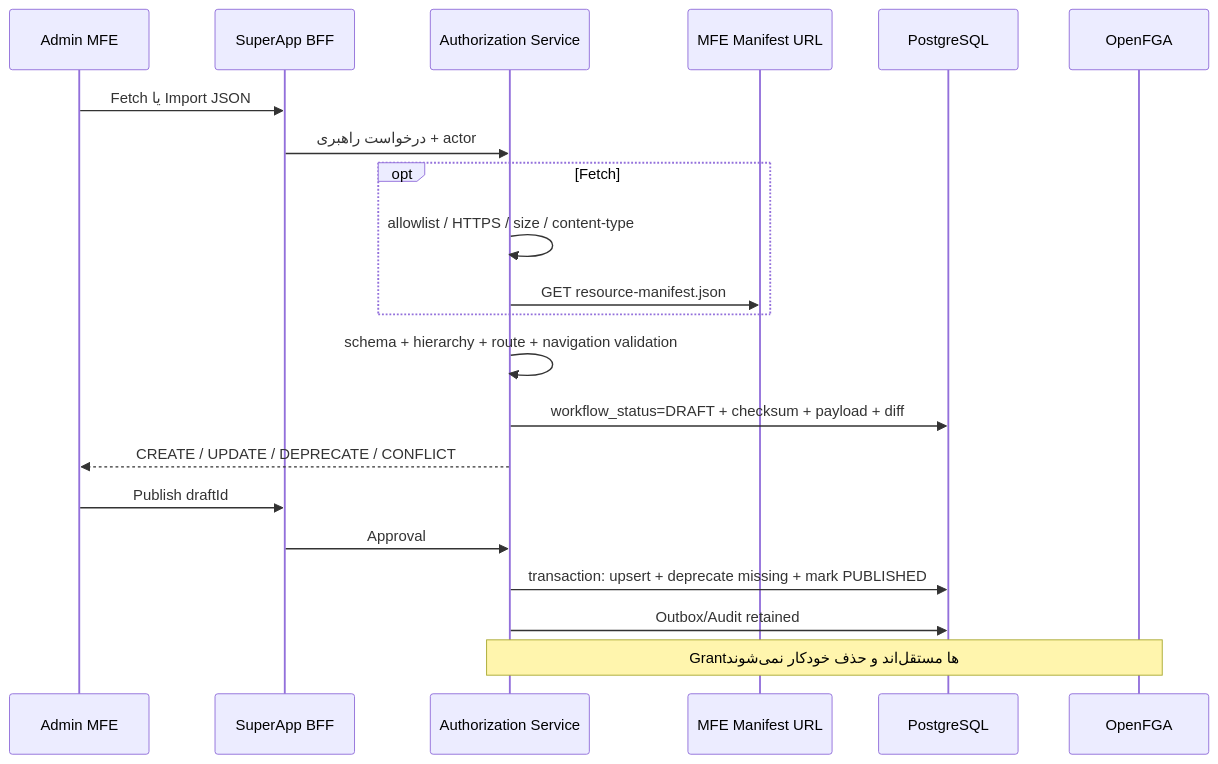
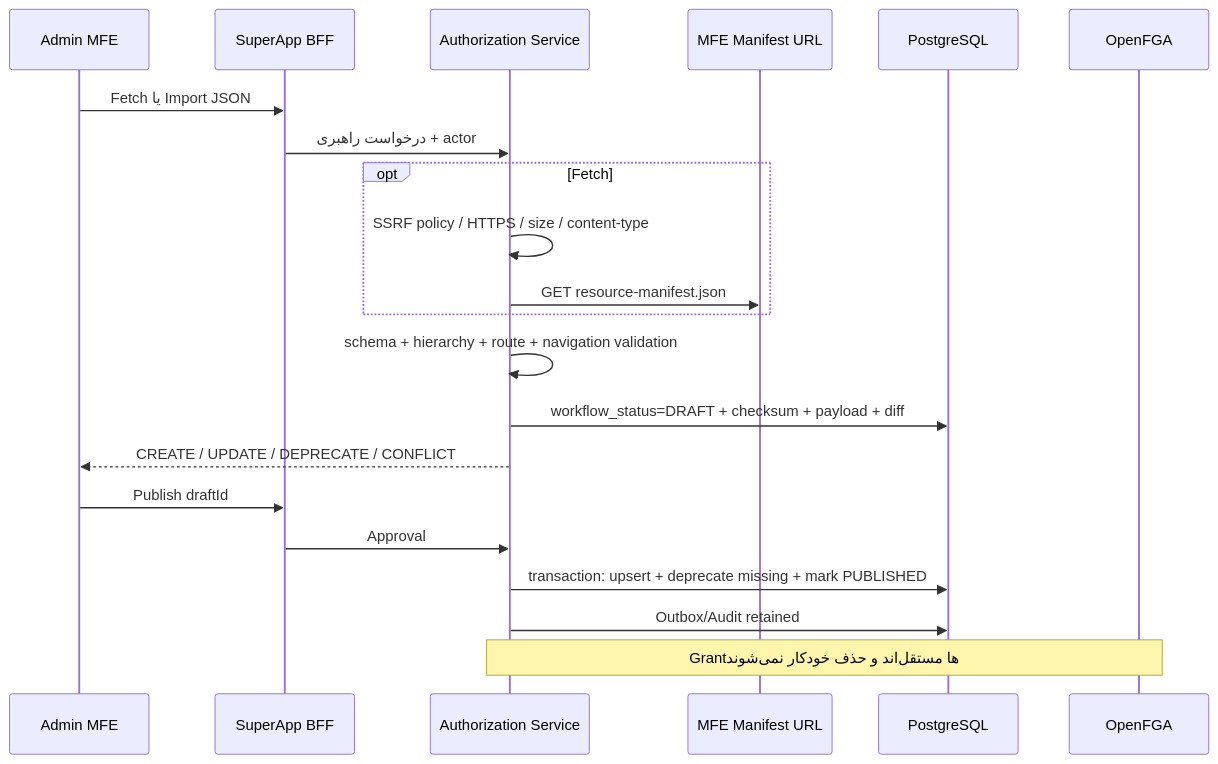
One commit to mahdiporkar/aurevia-super-app changed the diagram in docs/resource-catalog-manifest-architecture-fa.md. Above: the diagram before and after it, drawn with Mermaid. The commit also changed other lines of this file and 47 other files, not shown here.

````diff
--- a/docs/resource-catalog-manifest-architecture-fa.md
+++ b/docs/resource-catalog-manifest-architecture-fa.md
@@ -158,23 +158,23 @@
 ```mermaid
 sequenceDiagram
   participant A as Admin MFE
   participant B as SuperApp BFF
   participant Z as Authorization Service
   participant M as MFE Manifest URL
   participant D as PostgreSQL
   participant F as OpenFGA
   A->>B: Fetch یا Import JSON
   B->>Z: درخواست راهبری + actor
   opt Fetch
-    Z->>Z: allowlist / HTTPS / size / content-type
+    Z->>Z: SSRF policy / HTTPS / size / content-type
     Z->>M: GET resource-manifest.json
   end
   Z->>Z: schema + hierarchy + route + navigation validation
   Z->>D: workflow_status=DRAFT + checksum + payload + diff
   Z-->>A: CREATE / UPDATE / DEPRECATE / CONFLICT
   A->>B: Publish draftId
   B->>Z: Approval
   Z->>D: transaction: upsert + deprecate missing + mark PUBLISHED
   Z->>D: Outbox/Audit retained
   Note over Z,F: Grantها مستقل‌اند و حذف خودکار نمی‌شوند
 ```
````
